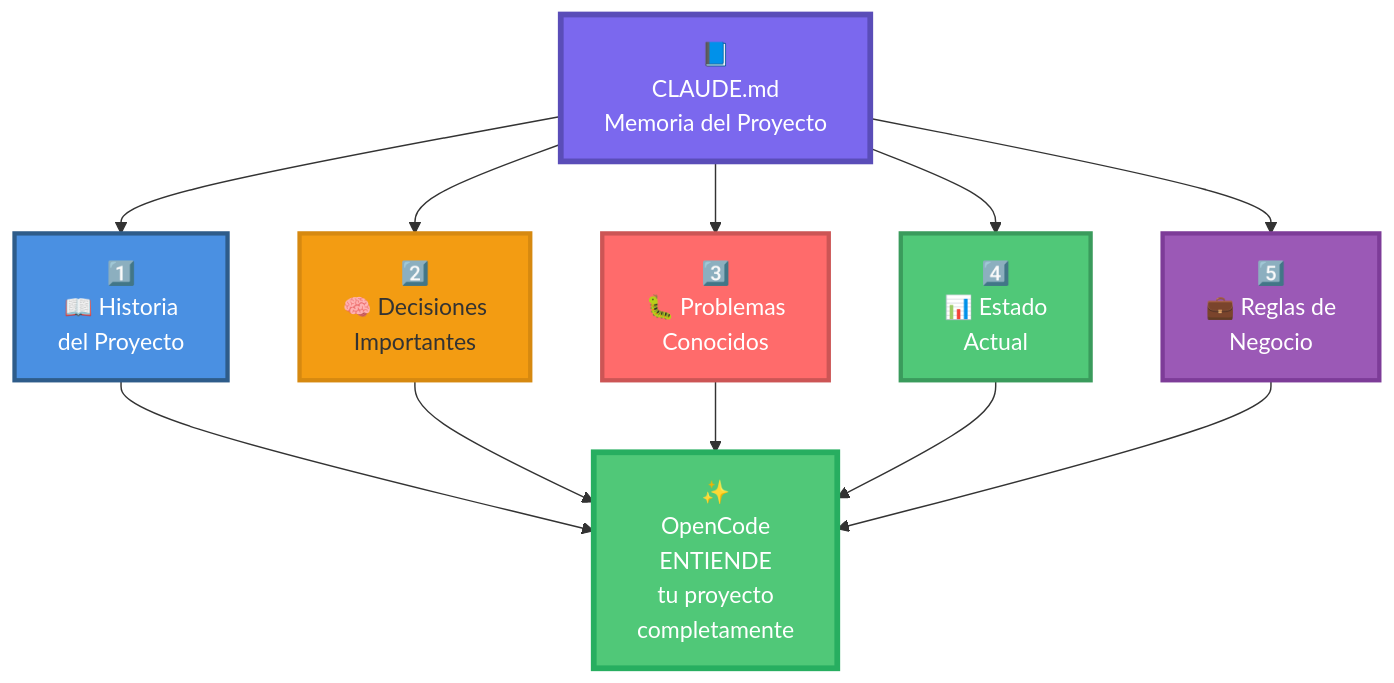
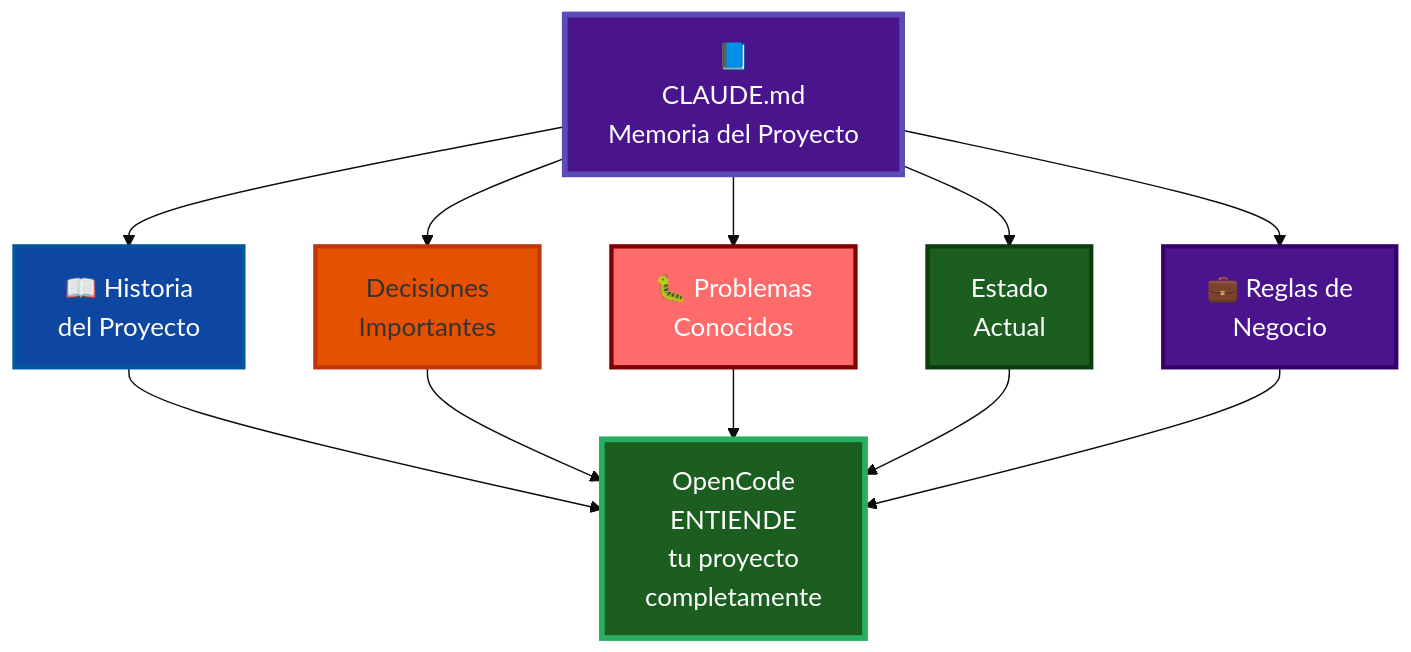
One commit to Ai-Whisperers/Courses-Content changed the fifth of 8 diagrams in courses/🟡-development/FPUNA-2026/00-FUNDAMENTOS-PRINCIPALES/04-ingenieria-contexto.md. Above: the diagram before and after it, drawn with Mermaid. The commit also changed other lines of this file and 47 other files, not shown here.

First line of the commit message:
fix: Make all 473 diagrams WCAG AAA accessible (FPUNA-2026)

````diff
--- a/courses/🟡-development/FPUNA-2026/00-FUNDAMENTOS-PRINCIPALES/04-ingenieria-contexto.md
+++ b/courses/🟡-development/FPUNA-2026/00-FUNDAMENTOS-PRINCIPALES/04-ingenieria-contexto.md
@@ -432,22 +436,23 @@
 ```mermaid
+%%{init: {'theme':'base', 'themeVariables': {'fontSize':'18px'}}}%%
 graph TB
-    A["📘<br/>CLAUDE.md<br/>Memoria del Proyecto"] --> B["1️⃣<br/>📖 Historia<br/>del Proyecto"]
-    A --> C["2️⃣<br/>🧠 Decisiones<br/>Importantes"]
-    A --> D["3️⃣<br/>🐛 Problemas<br/>Conocidos"]
-    A --> E["4️⃣<br/>📊 Estado<br/>Actual"]
-    A --> F["5️⃣<br/>💼 Reglas de<br/>Negocio"]
+    A["📘<br/>CLAUDE.md<br/>Memoria del Proyecto"] --> B["📖 Historia<br/>del Proyecto"]
+    A --> C["Decisiones<br/>Importantes"]
+    A --> D["🐛 Problemas<br/>Conocidos"]
+    A --> E["Estado<br/>Actual"]
+    A --> F["💼 Reglas de<br/>Negocio"]
     
-    B --> G["✨<br/>OpenCode<br/>ENTIENDE<br/>tu proyecto<br/>completamente"]
+    B --> G["OpenCode<br/>ENTIENDE<br/>tu proyecto<br/>completamente"]
     C --> G
     D --> G
     E --> G
     F --> G
     
-    style A fill:#7B68EE,stroke:#5A4DB8,stroke-width:4px,color:#fff
-    style B fill:#4A90E2,stroke:#2E5C8A,stroke-width:3px,color:#fff
-    style C fill:#F39C12,stroke:#D68910,stroke-width:3px,color:#333
-    style D fill:#FF6B6B,stroke:#CC5555,stroke-width:3px,color:#fff
-    style E fill:#50C878,stroke:#3A9B5C,stroke-width:3px,color:#fff
-    style F fill:#9B59B6,stroke:#7D3C98,stroke-width:3px,color:#fff
-    style G fill:#50C878,stroke:#27AE60,stroke-width:4px,color:#fff
+    style A fill:#4a148c,stroke:#5A4DB8,stroke-width:4px,color:#fff
+    style B fill:#0d47a1,stroke:#01579b,stroke-width:3px,color:#fff
+    style C fill:#e65100,stroke:#bf360c,stroke-width:3px,color:#333
+    style D fill:#FF6B6B,stroke:#7f0000,stroke-width:3px,color:#fff
+    style E fill:#1b5e20,stroke:#0d3d0f,stroke-width:3px,color:#fff
+    style F fill:#4a148c,stroke:#38006b,stroke-width:3px,color:#fff
+    style G fill:#1b5e20,stroke:#27AE60,stroke-width:4px,color:#fff
 ```
````
